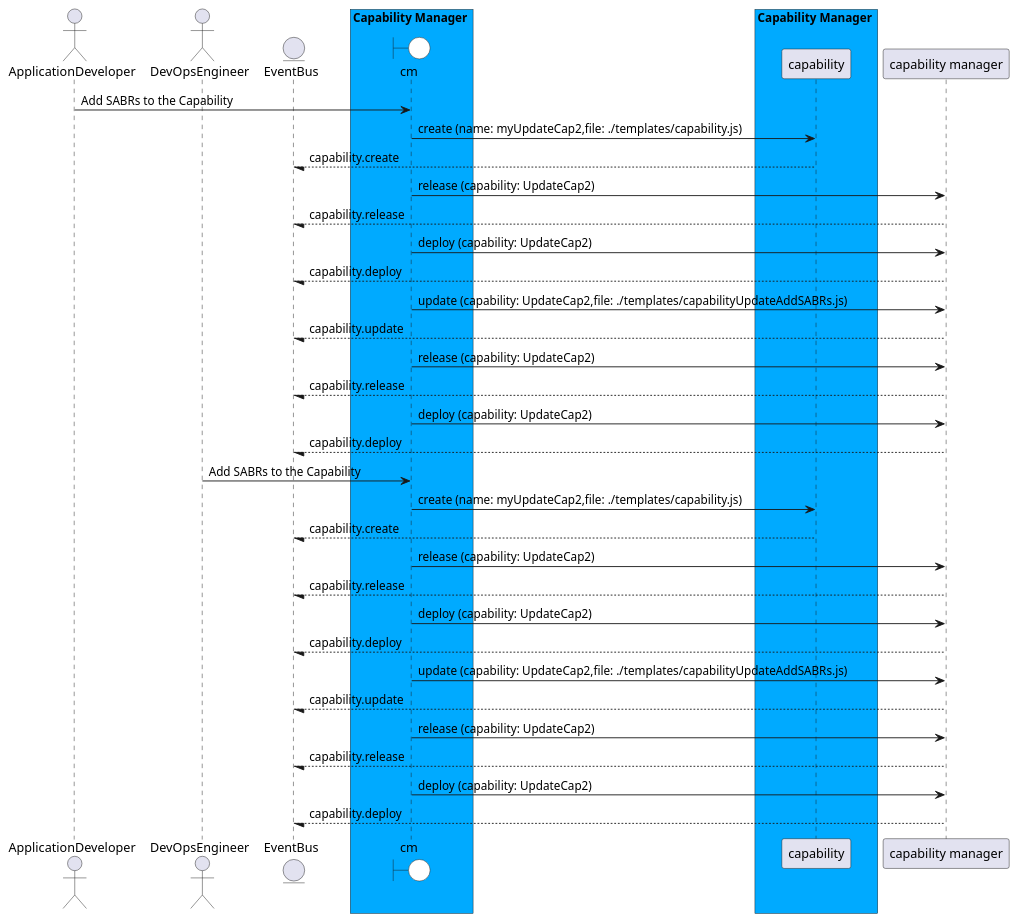
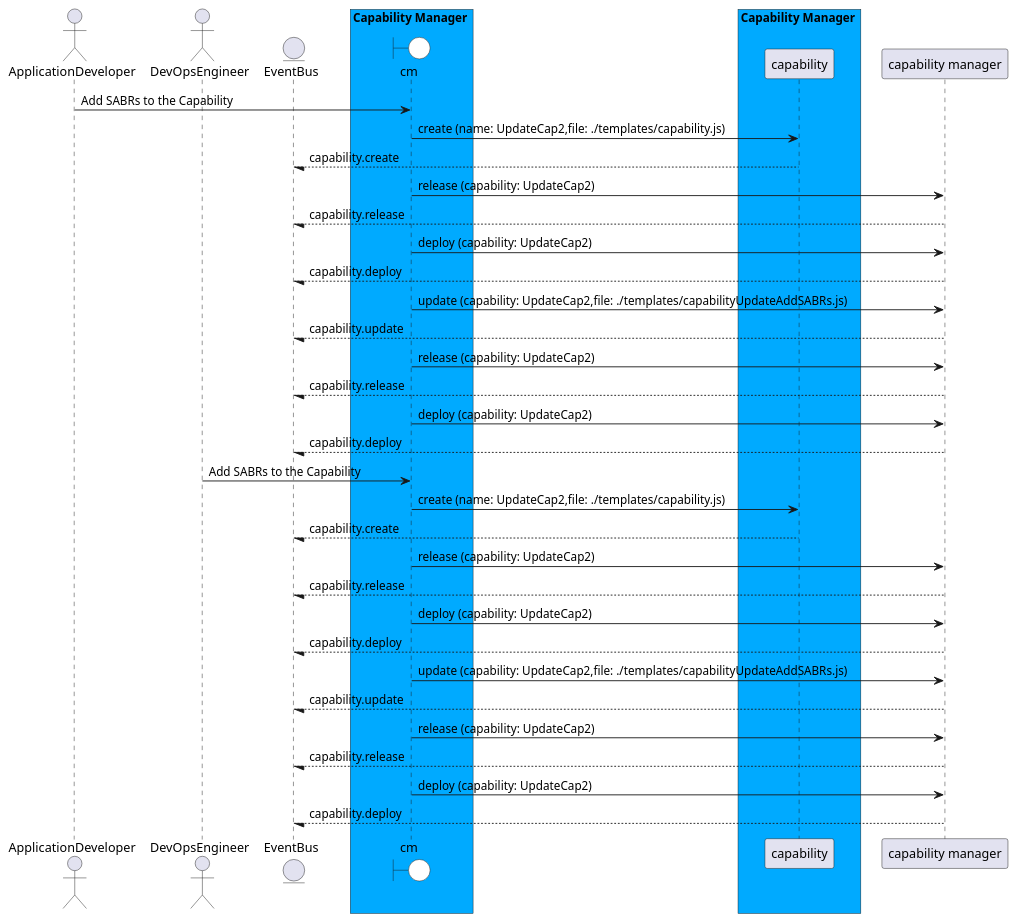
The diagram in docs/sabr/aml/cm/usecases/UpdateCapability/AddSABRstotheCapability.puml (madajaju/sabr), drawn with PlantUML before and after one commit. The commit also changed 572 other files, not shown here.

```diff
--- a/docs/sabr/aml/cm/usecases/UpdateCapability/AddSABRstotheCapability.puml
+++ b/docs/sabr/aml/cm/usecases/UpdateCapability/AddSABRstotheCapability.puml
@@ -1,75 +1,75 @@
 @startuml
 
 actor "ApplicationDeveloper"
 
 actor "DevOpsEngineer"
 
 
 entity EventBus
 
 box Capability Manager #00aaff
     boundary cm #white
 end box
 
 
 box Capability Manager #00aaff
             participant capability
     end box
 
 
 "ApplicationDeveloper" -> cm: Add SABRs to the Capability
 
-    cm -> "capability": create (name: myUpdateCap2,file: ./templates/capability.js)
+    cm -> "capability": create (name: UpdateCap2,file: ./templates/capability.js)
 
     "capability" --/ EventBus: capability.create
 
     cm -> "capability manager": release (capability: UpdateCap2)
 
     "capability manager" --/ EventBus: capability.release
 
     cm -> "capability manager": deploy (capability: UpdateCap2)
 
     "capability manager" --/ EventBus: capability.deploy
 
     cm -> "capability manager": update (capability: UpdateCap2,file: ./templates/capabilityUpdateAddSABRs.js)
 
     "capability manager" --/ EventBus: capability.update
 
     cm -> "capability manager": release (capability: UpdateCap2)
 
     "capability manager" --/ EventBus: capability.release
 
     cm -> "capability manager": deploy (capability: UpdateCap2)
 
     "capability manager" --/ EventBus: capability.deploy
 
 
 "DevOpsEngineer" -> cm: Add SABRs to the Capability
 
-    cm -> "capability": create (name: myUpdateCap2,file: ./templates/capability.js)
+    cm -> "capability": create (name: UpdateCap2,file: ./templates/capability.js)
 
     "capability" --/ EventBus: capability.create
 
     cm -> "capability manager": release (capability: UpdateCap2)
 
     "capability manager" --/ EventBus: capability.release
 
     cm -> "capability manager": deploy (capability: UpdateCap2)
 
     "capability manager" --/ EventBus: capability.deploy
 
     cm -> "capability manager": update (capability: UpdateCap2,file: ./templates/capabilityUpdateAddSABRs.js)
 
     "capability manager" --/ EventBus: capability.update
 
     cm -> "capability manager": release (capability: UpdateCap2)
 
     "capability manager" --/ EventBus: capability.release
 
     cm -> "capability manager": deploy (capability: UpdateCap2)
 
     "capability manager" --/ EventBus: capability.deploy
 
 
 
 @enduml
```
